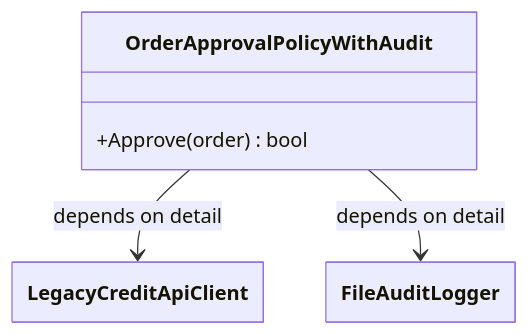
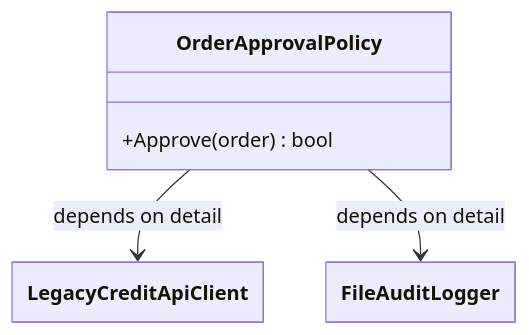
The sixth of 8 diagrams in presentations/09-dependency-inversion-principle.md (jeff-adkisson/swe-4743-spring-2026-oo-design), drawn with Mermaid before and after one commit. The commit also changed other lines of this file, not shown here.

````diff
--- a/presentations/09-dependency-inversion-principle.md
+++ b/presentations/09-dependency-inversion-principle.md
@@ -267,18 +300,18 @@
 ```mermaid
 ---
   config:
     class:
       hideEmptyMembersBox: true
 ---
 classDiagram
 direction TB
 
-class OrderApprovalPolicyWithAudit {
+class OrderApprovalPolicy {
   +Approve(order) bool
 }
 class LegacyCreditApiClient
 class FileAuditLogger
 
-OrderApprovalPolicyWithAudit --> LegacyCreditApiClient : depends on detail
-OrderApprovalPolicyWithAudit --> FileAuditLogger : depends on detail
+OrderApprovalPolicy --> LegacyCreditApiClient : depends on detail
+OrderApprovalPolicy --> FileAuditLogger : depends on detail
 ```
````
